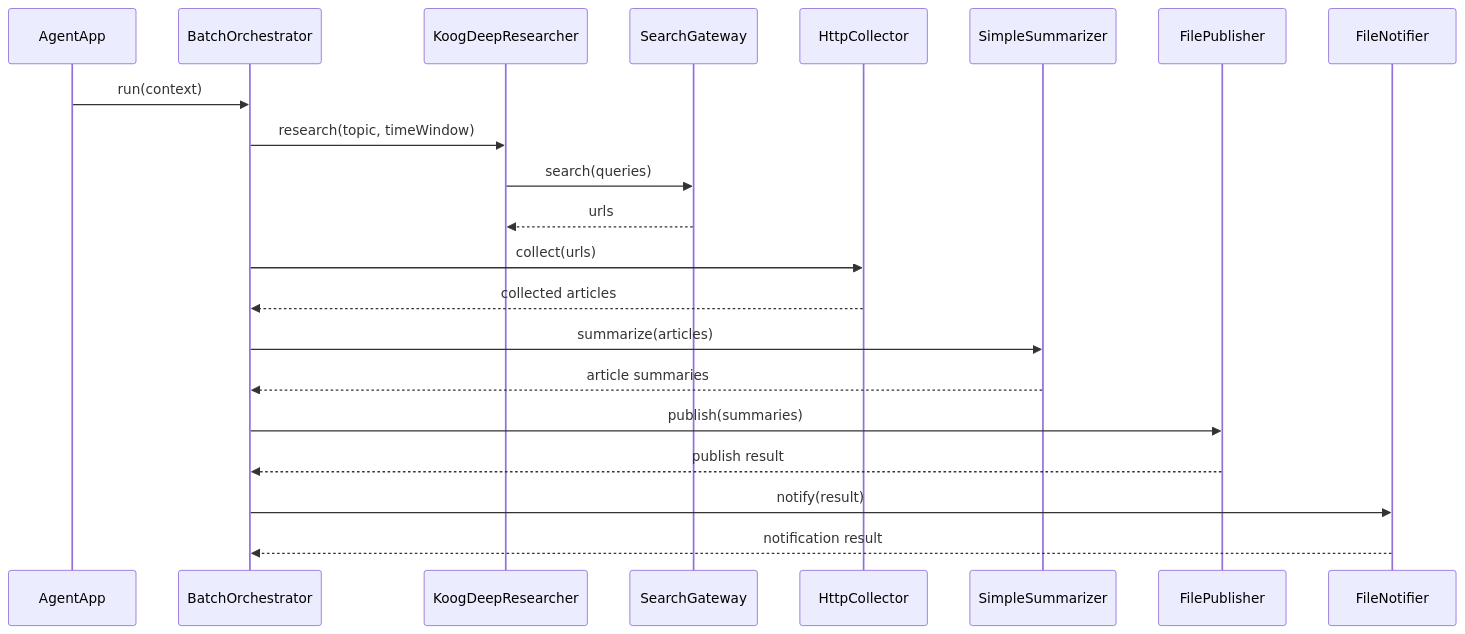
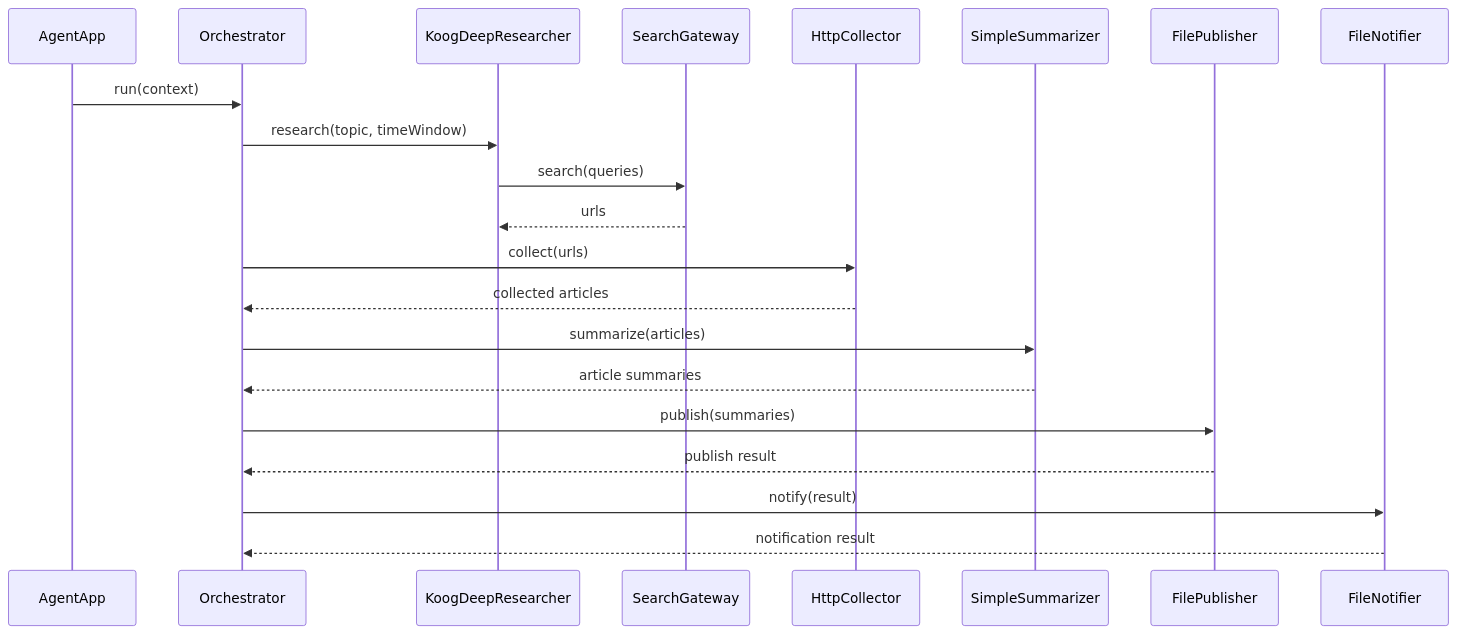
The second of 2 diagrams in README.md (hondaya14/bulknews-agent), drawn with Mermaid before and after one commit. The commit also changed other lines of this file and 3 other files, not shown here.

````diff
--- a/README.md
+++ b/README.md
@@ -41,24 +41,24 @@
 ```mermaid
 sequenceDiagram
   participant App as AgentApp
-  participant Orchestrator as BatchOrchestrator
+  participant Orchestrator as Orchestrator
   participant Researcher as KoogDeepResearcher
   participant Search as SearchGateway
   participant Collector as HttpCollector
   participant Summarizer as SimpleSummarizer
   participant Publisher as FilePublisher
   participant Notifier as FileNotifier
 
   App->>Orchestrator: run(context)
   Orchestrator->>Researcher: research(topic, timeWindow)
   Researcher->>Search: search(queries)
   Search-->>Researcher: urls
   Orchestrator->>Collector: collect(urls)
   Collector-->>Orchestrator: collected articles
   Orchestrator->>Summarizer: summarize(articles)
   Summarizer-->>Orchestrator: article summaries
   Orchestrator->>Publisher: publish(summaries)
   Publisher-->>Orchestrator: publish result
   Orchestrator->>Notifier: notify(result)
   Notifier-->>Orchestrator: notification result
 ```
````
